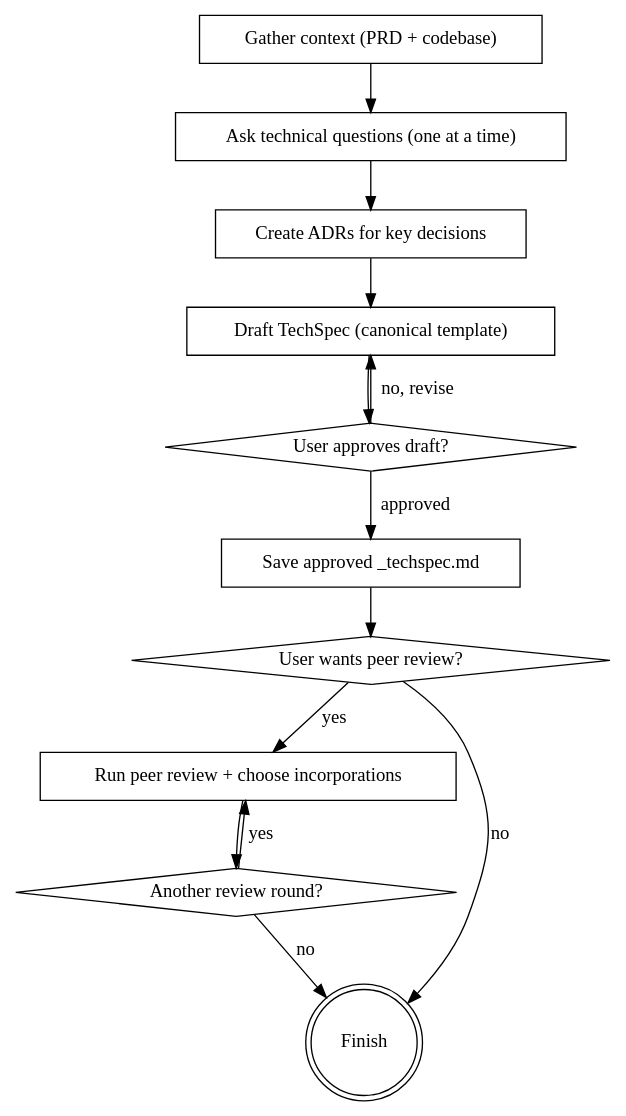
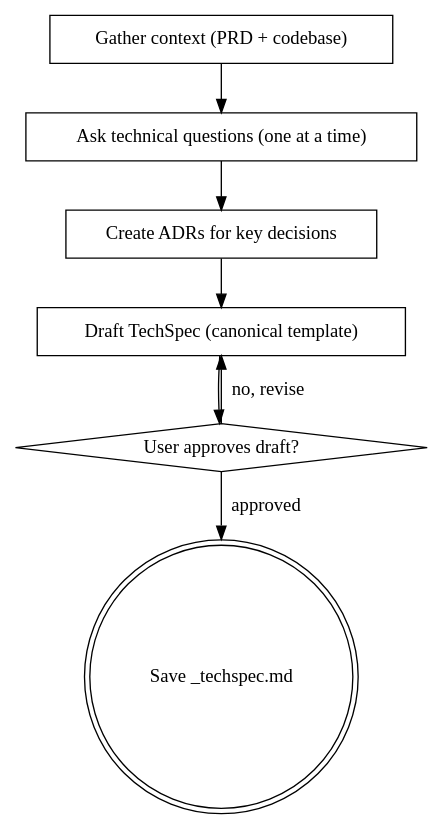
One commit to compozy/agh changed the diagram in .agents/skills/cy-create-techspec/SKILL.md. Above: the diagram before and after it, drawn with Graphviz. The commit also changed other lines of this file and 378 other files, not shown here.

````diff
--- a/.agents/skills/cy-create-techspec/SKILL.md
+++ b/.agents/skills/cy-create-techspec/SKILL.md
@@ -138,27 +106,17 @@
 ```dot
 digraph create_techspec {
     "Gather context (PRD + codebase)" [shape=box];
     "Ask technical questions (one at a time)" [shape=box];
     "Create ADRs for key decisions" [shape=box];
     "Draft TechSpec (canonical template)" [shape=box];
     "User approves draft?" [shape=diamond];
-    "Save approved _techspec.md" [shape=box];
-    "User wants peer review?" [shape=diamond];
-    "Run peer review + choose incorporations" [shape=box];
-    "Another review round?" [shape=diamond];
-    "Finish" [shape=doublecircle];
+    "Save _techspec.md" [shape=doublecircle];
 
     "Gather context (PRD + codebase)" -> "Ask technical questions (one at a time)";
     "Ask technical questions (one at a time)" -> "Create ADRs for key decisions";
     "Create ADRs for key decisions" -> "Draft TechSpec (canonical template)";
     "Draft TechSpec (canonical template)" -> "User approves draft?";
     "User approves draft?" -> "Draft TechSpec (canonical template)" [label="no, revise"];
-    "User approves draft?" -> "Save approved _techspec.md" [label="approved"];
-    "Save approved _techspec.md" -> "User wants peer review?";
-    "User wants peer review?" -> "Finish" [label="no"];
-    "User wants peer review?" -> "Run peer review + choose incorporations" [label="yes"];
-    "Run peer review + choose incorporations" -> "Another review round?";
-    "Another review round?" -> "Run peer review + choose incorporations" [label="yes"];
-    "Another review round?" -> "Finish" [label="no"];
+    "User approves draft?" -> "Save _techspec.md" [label="approved"];
 }
 ```
````
